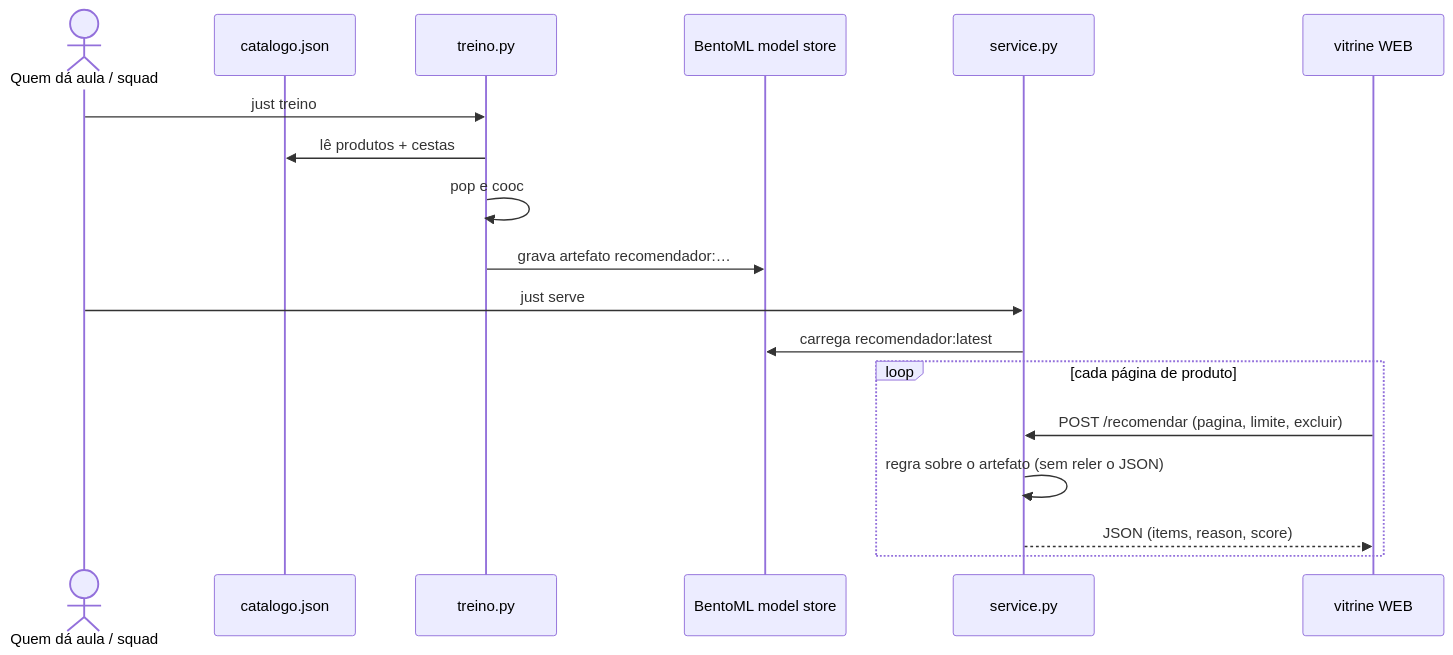
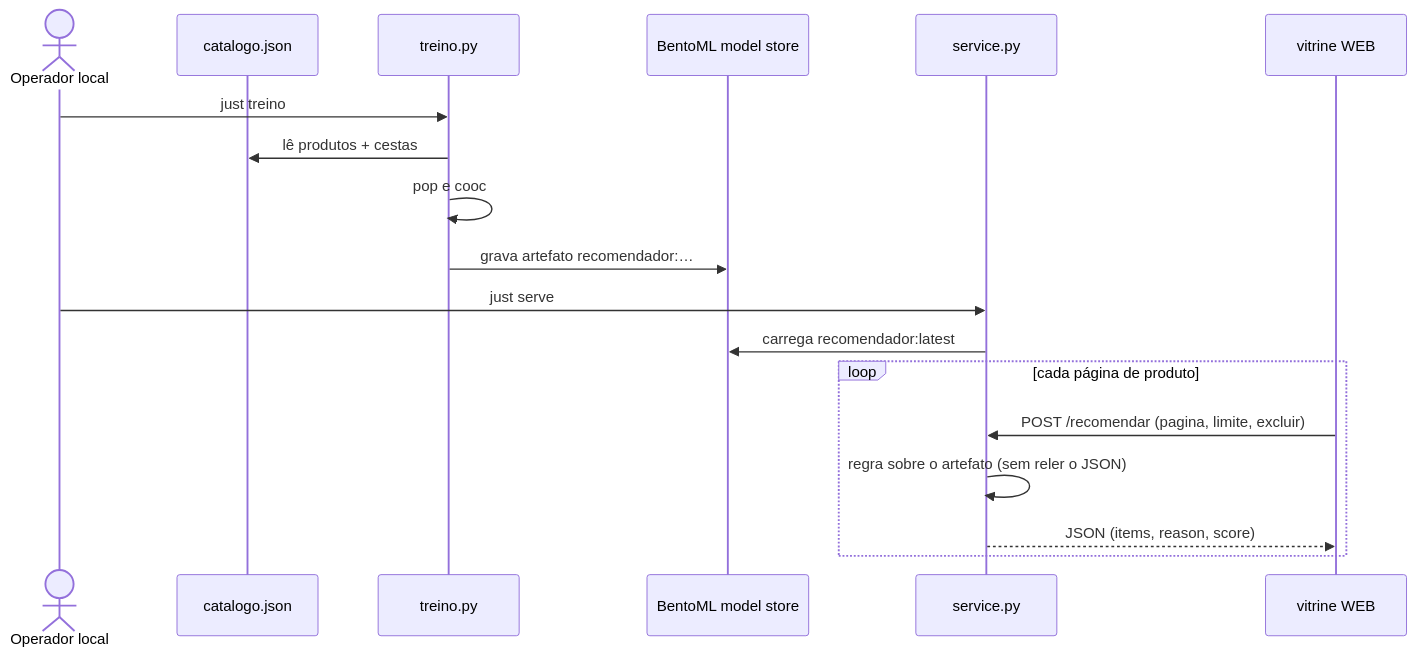
Before and after one commit to lgallindo/recomendador-bentoml: the third of 5 diagrams in README.md, drawn with Mermaid. The commit also changed other lines of this file and 15 other files, not shown here.

````diff
--- a/README.md
+++ b/README.md
@@ -199,23 +203,23 @@
 ```mermaid
 sequenceDiagram
-  actor Dev as Quem dá aula / squad
+  actor Op as Operador local
   participant JSON as catalogo.json
   participant Treino as treino.py
   participant Store as BentoML model store
   participant Serve as service.py
   participant Web as vitrine WEB
 
-  Dev->>Treino: just treino
+  Op->>Treino: just treino
   Treino->>JSON: lê produtos + cestas
   Treino->>Treino: pop e cooc
   Treino->>Store: grava artefato recomendador:…
 
-  Dev->>Serve: just serve
+  Op->>Serve: just serve
   Serve->>Store: carrega recomendador:latest
 
   loop cada página de produto
     Web->>Serve: POST /recomendar (pagina, limite, excluir)
     Serve->>Serve: regra sobre o artefato (sem reler o JSON)
     Serve-->>Web: JSON (items, reason, score)
   end
 ```
````
